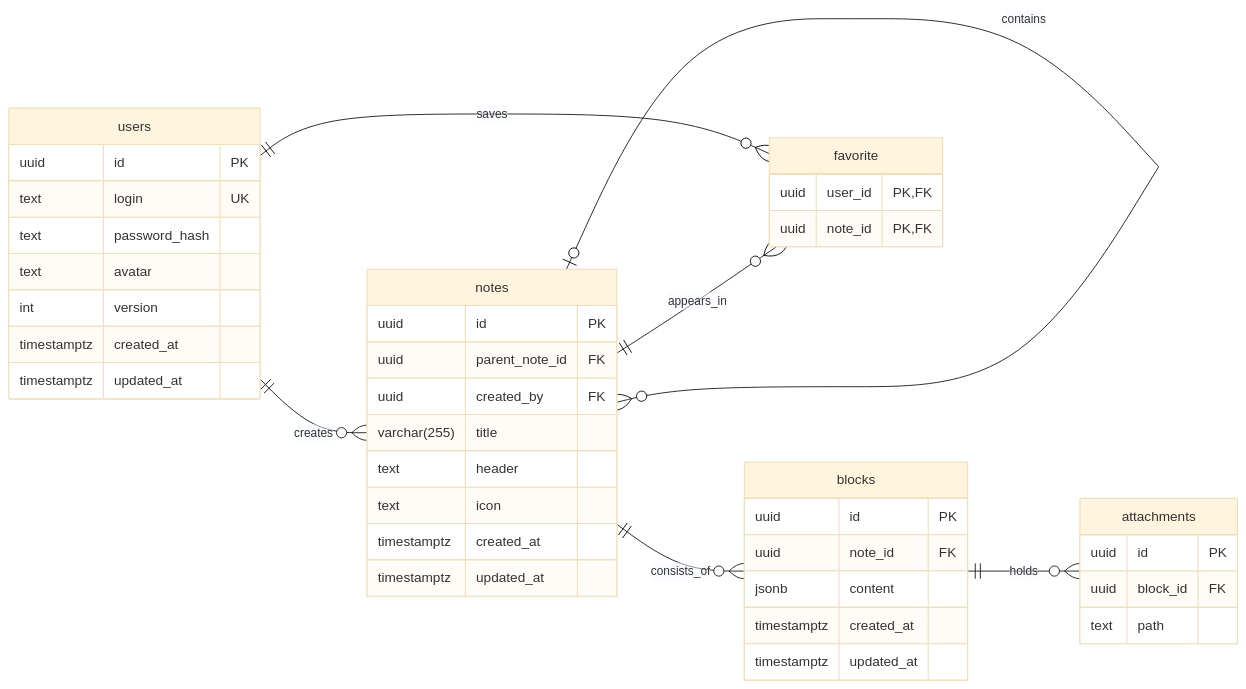
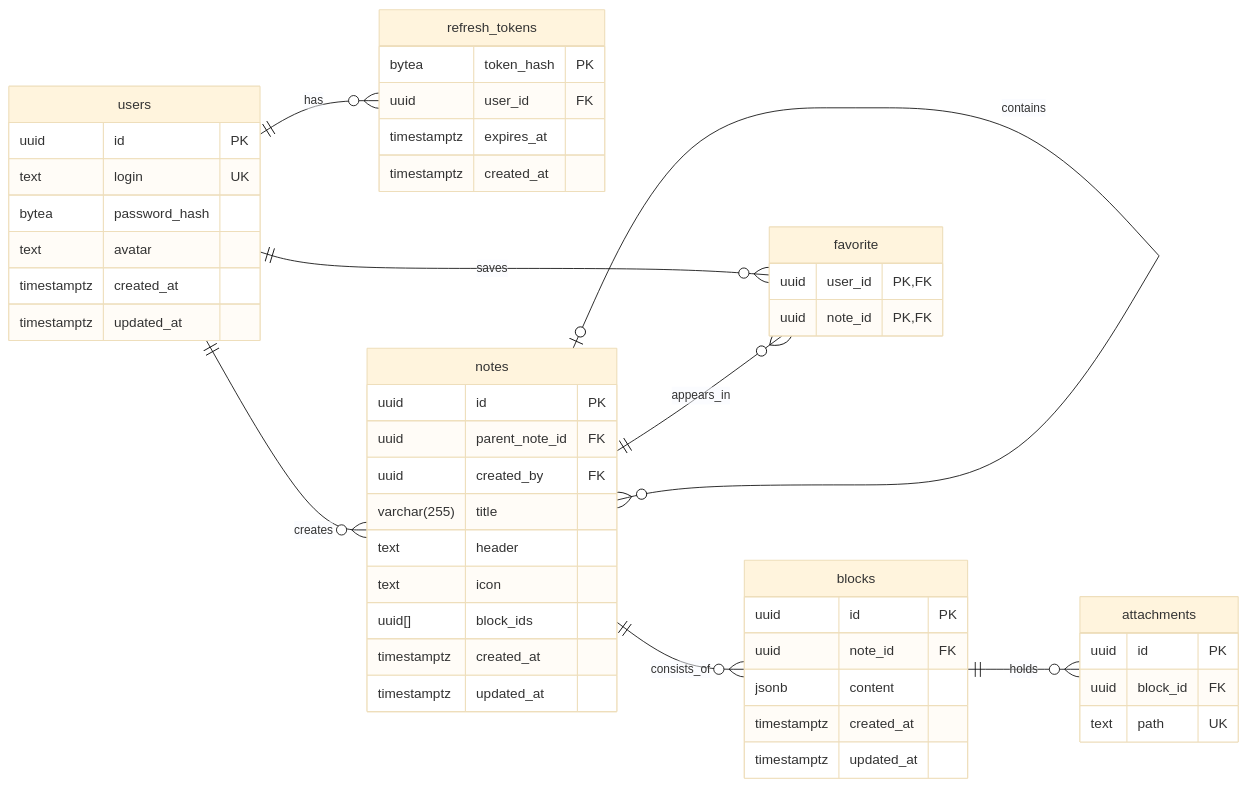
One commit to go-park-mail-ru/2026_2_BNN changed the diagram in README.md. Above: the diagram before and after it, drawn with Mermaid (base theme). The commit also changed 28 other files, not shown here.

Commit message:
clean architecture and first migrations

````diff
--- a/README.md
+++ b/README.md
@@ -82,51 +82,59 @@
 ```mermaid
 erDiagram
     direction LR
 
     users {
         uuid id PK
         text login UK
-        text password_hash
+        bytea password_hash
         text avatar
-        int version
         timestamptz created_at
         timestamptz updated_at
+    }
+
+    refresh_tokens {
+        bytea token_hash PK
+        uuid user_id FK
+        timestamptz expires_at
+        timestamptz created_at
     }
 
     notes {
         uuid id PK
         uuid parent_note_id FK
         uuid created_by FK
         varchar(255) title
         text header
         text icon
+        uuid[] block_ids
         timestamptz created_at
         timestamptz updated_at
     }
 
     blocks {
         uuid id PK
         uuid note_id FK
         jsonb content
         timestamptz created_at
         timestamptz updated_at
     }
 
     attachments {
         uuid id PK
         uuid block_id FK
-        text path
+        text path UK
     }
 
     favorite {
         uuid user_id PK, FK
         uuid note_id PK, FK
     }
 
+    users ||--o{ refresh_tokens : has
     users ||--o{ notes : creates
     notes o|--o{ notes : contains
     notes ||--o{ blocks : consists_of
     blocks ||--o{ attachments : holds
     users ||--o{ favorite : saves
     notes ||--o{ favorite : appears_in
 ```
````
